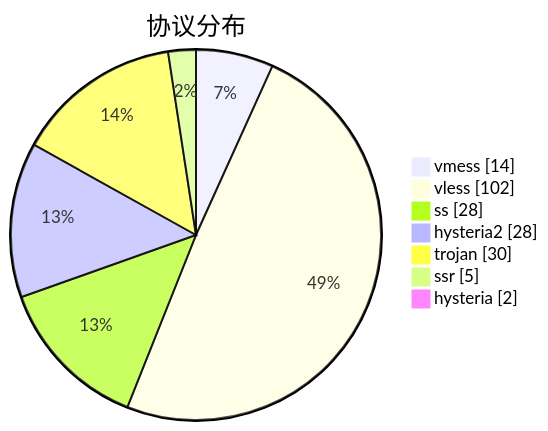
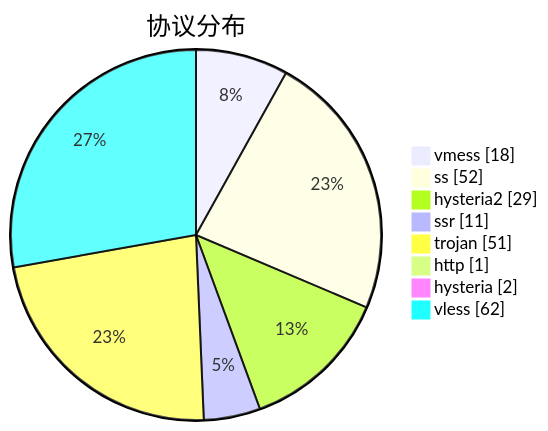
Before and after one commit to sinspired/airport: the third of 3 diagrams in subs/statistics/tested_within.md, drawn with Mermaid. The commit also changed other lines of this file and 2 other files, not shown here.

````diff
--- a/subs/statistics/tested_within.md
+++ b/subs/statistics/tested_within.md
@@ -38,11 +47,12 @@
 ```mermaid
 pie showData
 title 协议分布
-"vmess" : 14
-"vless" : 102
-"ss" : 28
-"hysteria2" : 28
-"trojan" : 30
-"ssr" : 5
+"vmess" : 18
+"ss" : 52
+"hysteria2" : 29
+"ssr" : 11
+"trojan" : 51
+"http" : 1
 "hysteria" : 2
+"vless" : 62
 ```
````
